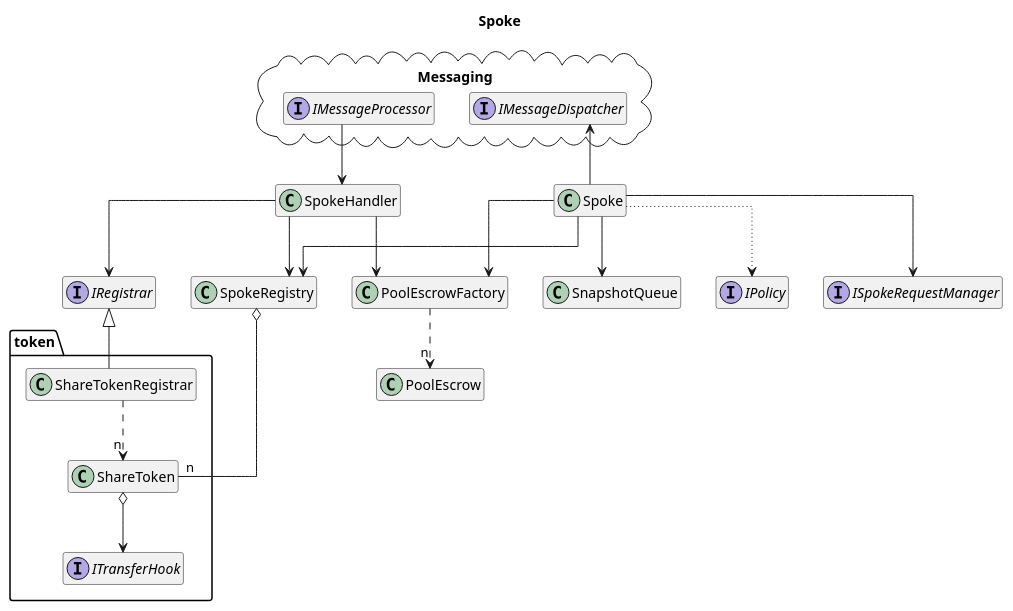
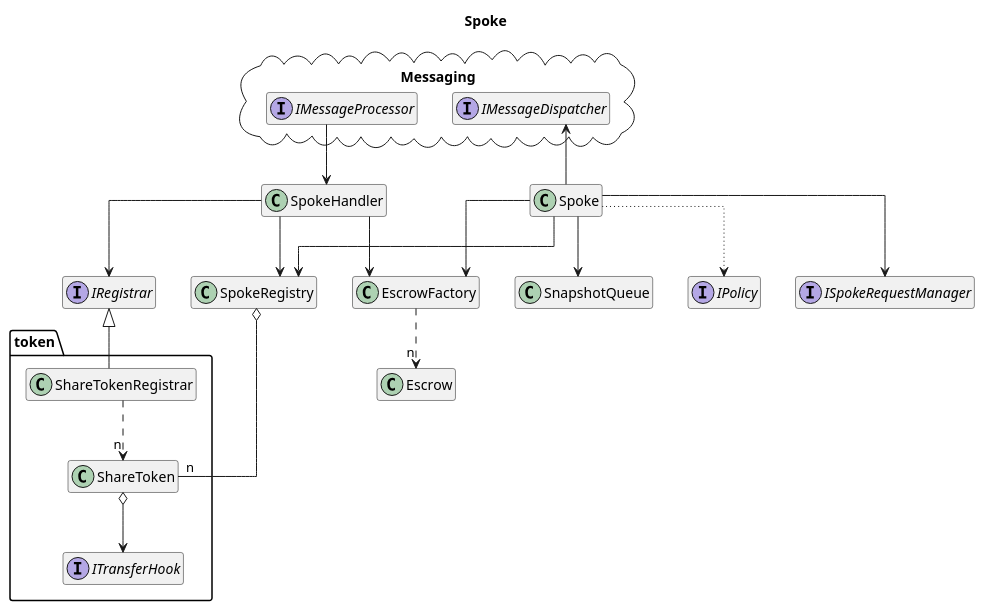
The diagram in docs/architecture/core/spoke.puml (centrifuge/protocol), drawn with PlantUML before and after one commit. The commit also changed 163 other files, not shown here.

```diff
--- a/docs/architecture/core/spoke.puml
+++ b/docs/architecture/core/spoke.puml
@@ -1,49 +1,49 @@
 @startuml spoke
 title Spoke
 hide empty members
 
 skinparam linetype ortho
 
 package "Messaging" <<cloud>> {
     interface IMessageDispatcher
     interface IMessageProcessor
 }
 
-class PoolEscrowFactory
-class PoolEscrow
+class EscrowFactory
+class Escrow
 class Spoke
 class SpokeHandler
 class SpokeRegistry
 class SnapshotQueue
 
 interface IRegistrar
 interface IPolicy
 interface ISpokeRequestManager
 
 package token {
     class ShareToken
     class ShareTokenRegistrar
     interface ITransferHook
 }
 
 Spoke -down-> SpokeRegistry
 Spoke -down-> SnapshotQueue
 Spoke -up-> IMessageDispatcher
 Spoke --> ISpokeRequestManager
 Spoke .[dotted].> IPolicy
 
 IMessageProcessor --> SpokeHandler
 SpokeHandler --> SpokeRegistry
 SpokeHandler --> IRegistrar
-SpokeHandler --> PoolEscrowFactory
+SpokeHandler --> EscrowFactory
 
-Spoke --> PoolEscrowFactory
+Spoke --> EscrowFactory
 
 SpokeRegistry o-- "n" ShareToken
 
 ShareTokenRegistrar -up-|> IRegistrar
 ShareTokenRegistrar ..> "n" ShareToken
-PoolEscrowFactory ..> "n" PoolEscrow
+EscrowFactory ..> "n" Escrow
 ShareToken o--> ITransferHook
 
 @enduml
```
